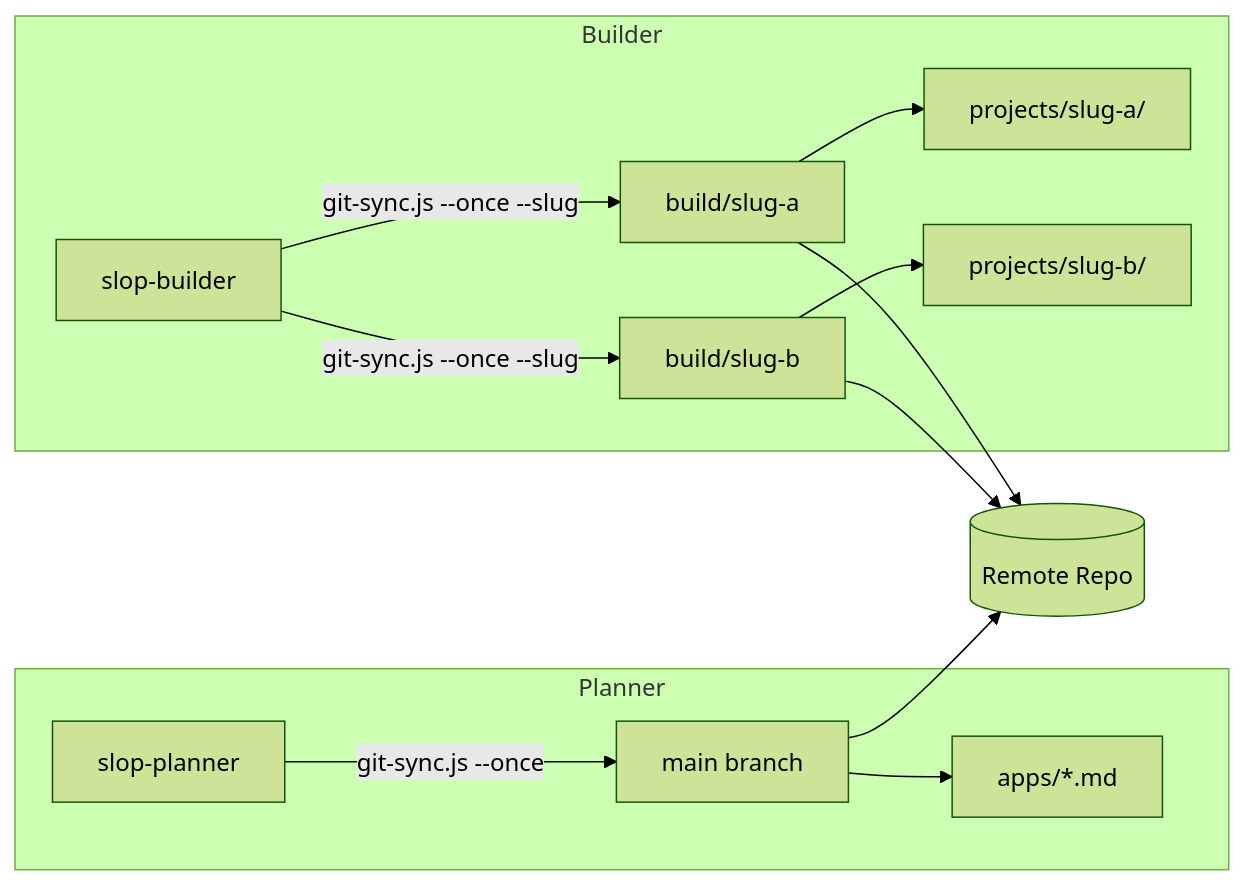
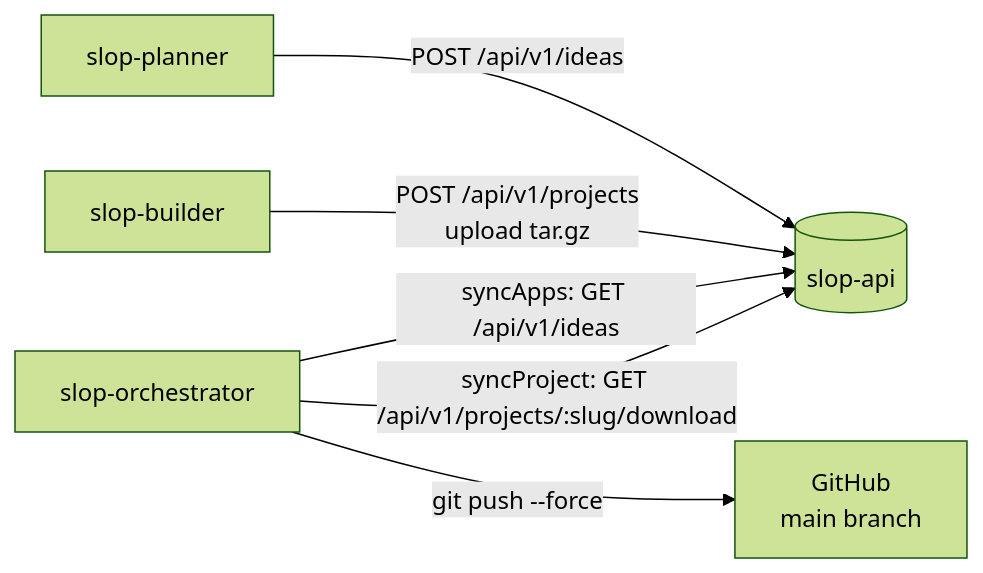
One commit to jtmb/slop-generator changed the first of 2 diagrams in docs/GIT_OPS.md. Above: the diagram before and after it, drawn with Mermaid (forest theme). The commit also changed other lines of this file and 103 other files, not shown here.

First line of the commit message:
refactor: replace git sync with tar.gz upload mechanism

````diff
--- a/docs/GIT_OPS.md
+++ b/docs/GIT_OPS.md
@@ -9,16 +9,8 @@
 ```mermaid
-graph LR
-    subgraph Planner
-        P[slop-planner] -->|git-sync.js --once| M[main branch]
-        M --> T1[apps/*.md]
-    end
-    subgraph Builder
-        B[slop-builder] -->|git-sync.js --once --slug| O1[build/slug-a]
-        B -->|git-sync.js --once --slug| O2[build/slug-b]
-        O1 --> T2[projects/slug-a/]
-        O2 --> T3[projects/slug-b/]
-    end
-    M --> R[(Remote Repo)]
-    O1 --> R
-    O2 --> R
+flowchart LR
+    P[slop-planner] -->|POST /api/v1/ideas| A[(slop-api)]
+    B[slop-builder] -->|POST /api/v1/projects<br/>upload tar.gz| A
+    O[slop-orchestrator] -->|syncApps: GET /api/v1/ideas| A
+    O -->|syncProject: GET /api/v1/projects/:slug/download| A
+    O -->|git push --force| GH[GitHub<br/>main branch]
 ```
````
